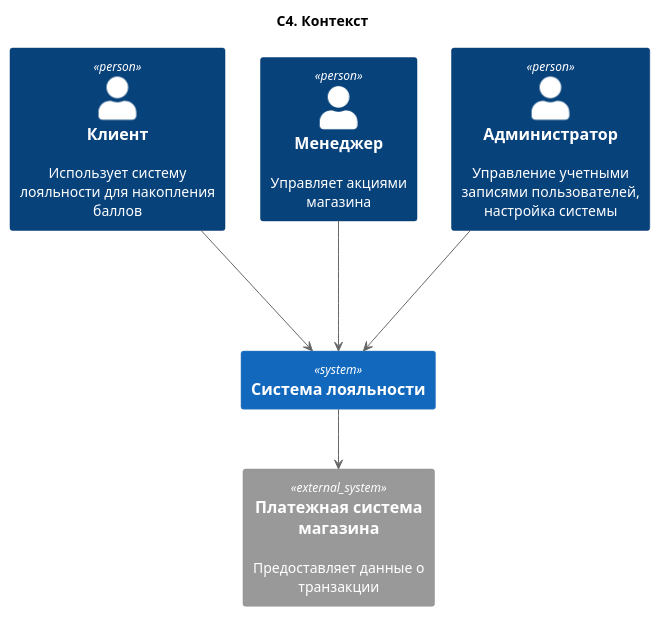
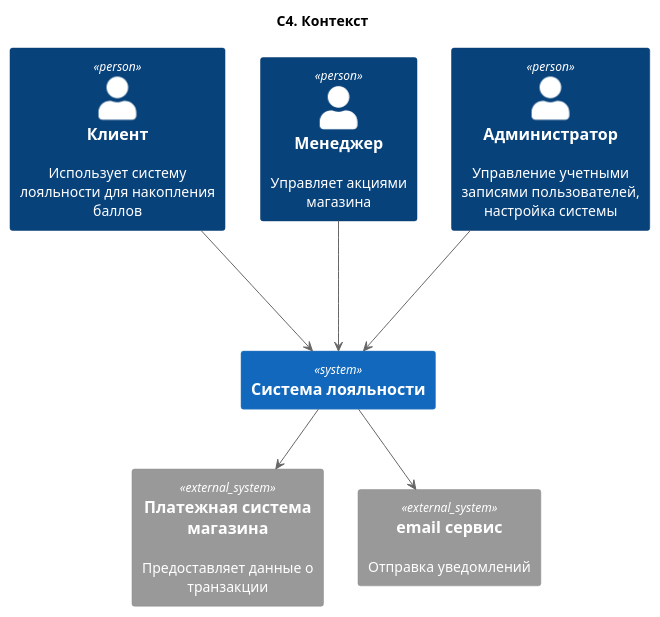
Before and after one commit to rakuzzan/project-doc: the diagram in 2. Технический проект/1_context.puml, drawn with PlantUML. The commit also changed 1 other file, not shown here.

Commit message:
поправил контекстную диаграмму

```diff
--- a/2. Технический проект/1_context.puml
+++ b/2. Технический проект/1_context.puml
@@ -1,18 +1,20 @@
 @startuml
 title "C4. Контекст"
 
 !include <C4/C4_Container>
 
 Person(Client, "Клиент", "Использует систему лояльности для накопления баллов")
 Person(Manager, "Менеджер", "Управляет акциями магазина")
 Person(Admin, "Администратор", "Управление учетными записями пользователей, настройка системы")
 
 System(loyaltySystem, "Система лояльности")
 Client ---> loyaltySystem
 Manager ---> loyaltySystem
 Admin ---> loyaltySystem
 
 System_Ext(storeApi, "Платежная система магазина", "Предоставляет данные о транзакции")
+System_Ext(emailService, "email сервис", "Отправка уведомлений")
 
 loyaltySystem --> storeApi
+loyaltySystem --> emailService
 @enduml
```
